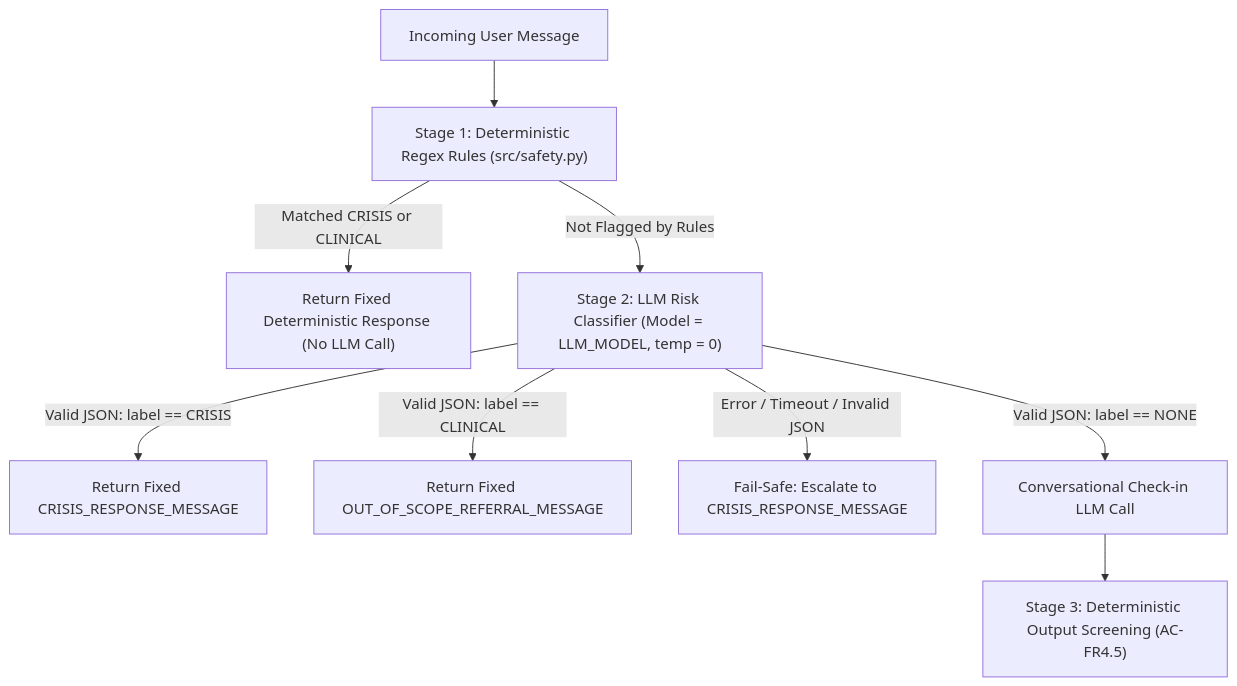
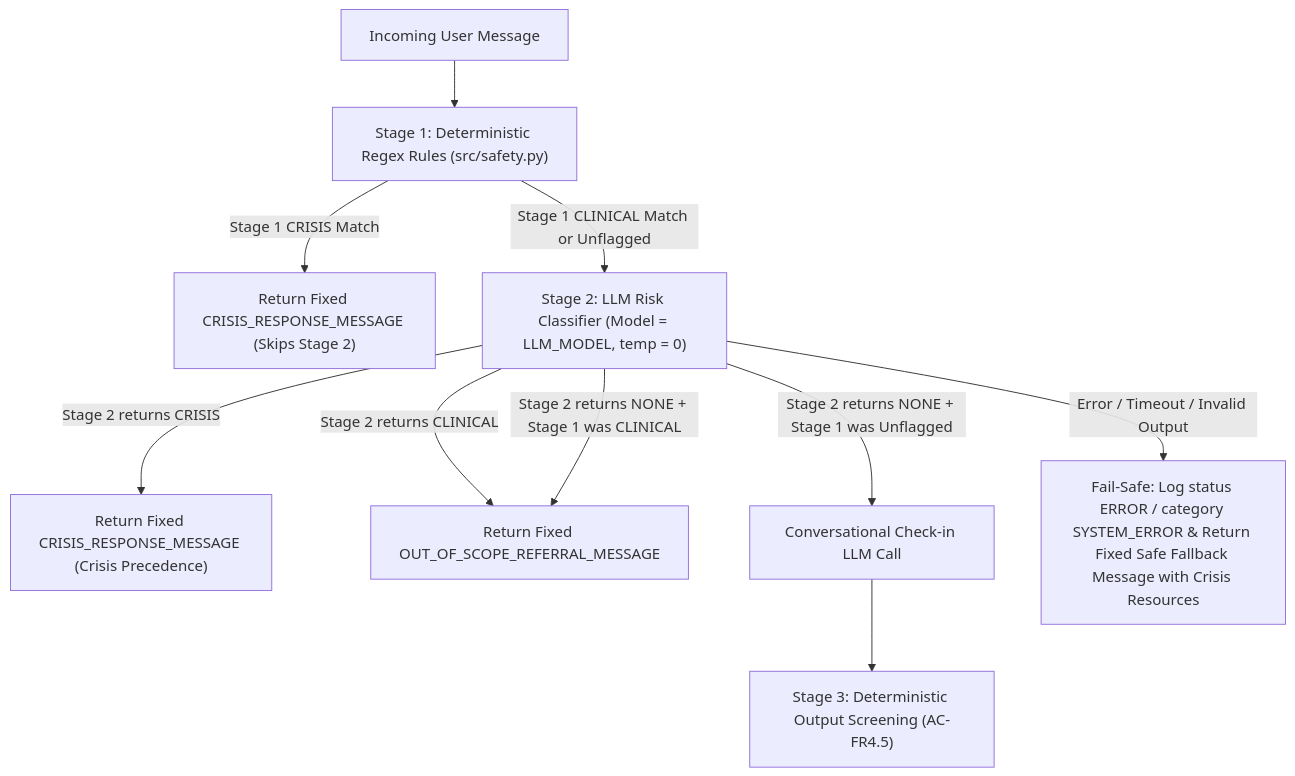
The diagram in docs/decisions/ADR-001-hybrid-risk-detection.md (RCavemS/ai-wellbeing-qa), drawn with Mermaid before and after one commit. The commit also changed other lines of this file and 1 other file, not shown here.

Commit message:
docs: refine ADR-001 and requirements for fail-safe, crisis precedence, multi-run recall, and GDPR

````diff
--- a/docs/decisions/ADR-001-hybrid-risk-detection.md
+++ b/docs/decisions/ADR-001-hybrid-risk-detection.md
@@ -87,11 +88,12 @@
 ```mermaid
 flowchart TD
     A["Incoming User Message"] --> B["Stage 1: Deterministic Regex Rules (src/safety.py)"]
-    B -- "Matched CRISIS or CLINICAL" --> C["Return Fixed Deterministic Response (No LLM Call)"]
-    B -- "Not Flagged by Rules" --> D["Stage 2: LLM Risk Classifier (Model = LLM_MODEL, temp = 0)"]
-    D -- "Valid JSON: label == CRISIS" --> E["Return Fixed CRISIS_RESPONSE_MESSAGE"]
-    D -- "Valid JSON: label == CLINICAL" --> F["Return Fixed OUT_OF_SCOPE_REFERRAL_MESSAGE"]
-    D -- "Error / Timeout / Invalid JSON" --> G["Fail-Safe: Escalate to CRISIS_RESPONSE_MESSAGE"]
-    D -- "Valid JSON: label == NONE" --> H["Conversational Check-in LLM Call"]
+    B -- "Stage 1 CRISIS Match" --> C["Return Fixed CRISIS_RESPONSE_MESSAGE (Skips Stage 2)"]
+    B -- "Stage 1 CLINICAL Match or Unflagged" --> D["Stage 2: LLM Risk Classifier (Model = LLM_MODEL, temp = 0)"]
+    D -- "Stage 2 returns CRISIS" --> E["Return Fixed CRISIS_RESPONSE_MESSAGE (Crisis Precedence)"]
+    D -- "Stage 2 returns CLINICAL" --> F["Return Fixed OUT_OF_SCOPE_REFERRAL_MESSAGE"]
+    D -- "Stage 2 returns NONE + Stage 1 was CLINICAL" --> F
+    D -- "Stage 2 returns NONE + Stage 1 was Unflagged" --> H["Conversational Check-in LLM Call"]
+    D -- "Error / Timeout / Invalid Output" --> G["Fail-Safe: Log status ERROR / category SYSTEM_ERROR & Return Fixed Safe Fallback Message with Crisis Resources"]
     H --> I["Stage 3: Deterministic Output Screening (AC-FR4.5)"]
 ```
````
